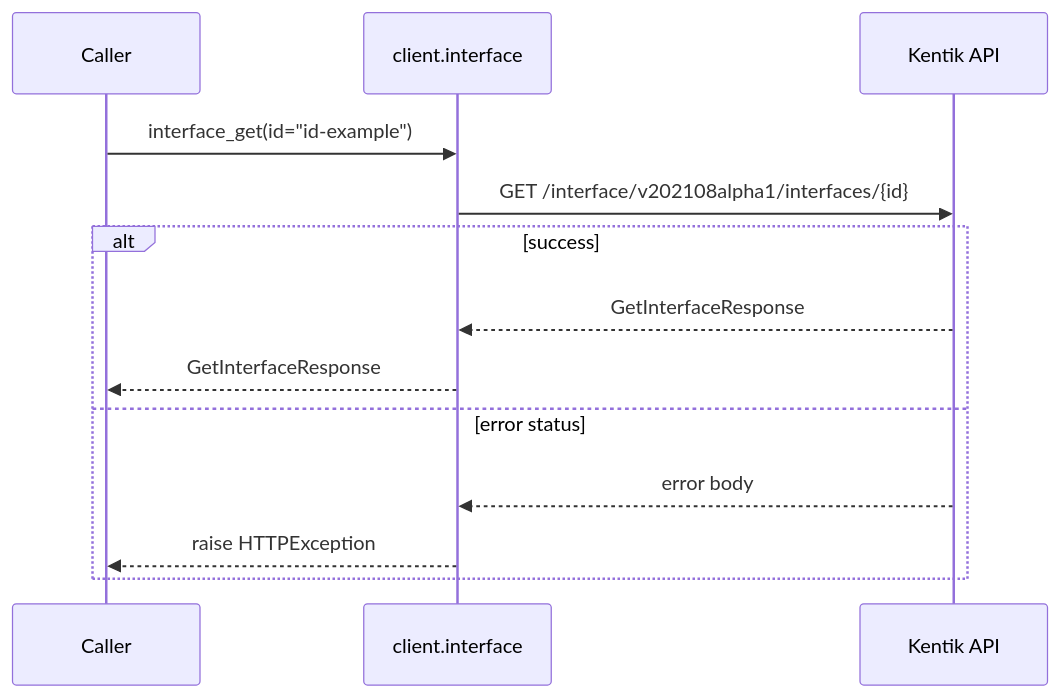
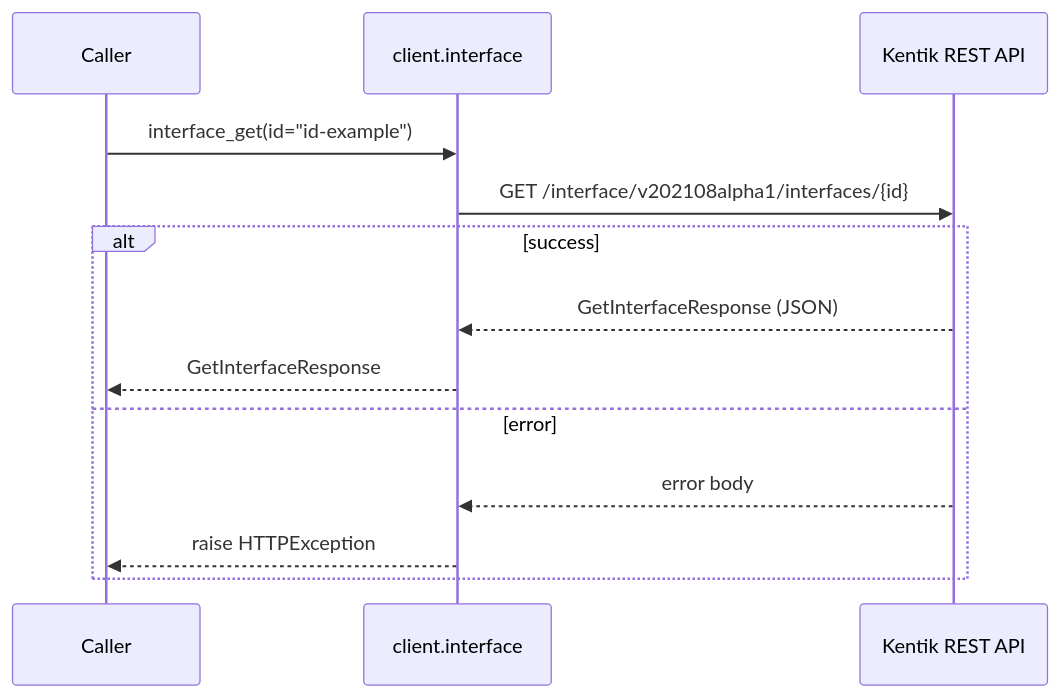
Before and after one commit to alexdearaujo/community_sdk_python: the sixth of 14 diagrams in docs/sphinx/services/interface.md, drawn with Mermaid. The commit also changed other lines of this file and 61 other files, not shown here.

````diff
--- a/docs/sphinx/services/interface.md
+++ b/docs/sphinx/services/interface.md
@@ -137,16 +189,16 @@
 ```mermaid
 sequenceDiagram
     participant C as Caller
     participant W as client.interface
-    participant API as Kentik API
+    participant API as Kentik REST API
 
     C->>W: interface_get(id="id-example")
     W->>API: GET /interface/v202108alpha1/interfaces/{id}
     alt success
-        API-->>W: GetInterfaceResponse
+        API-->>W: GetInterfaceResponse (JSON)
         W-->>C: GetInterfaceResponse
-    else error status
+    else error
         API-->>W: error body
         W-->>C: raise HTTPException
     end
 ```
````
